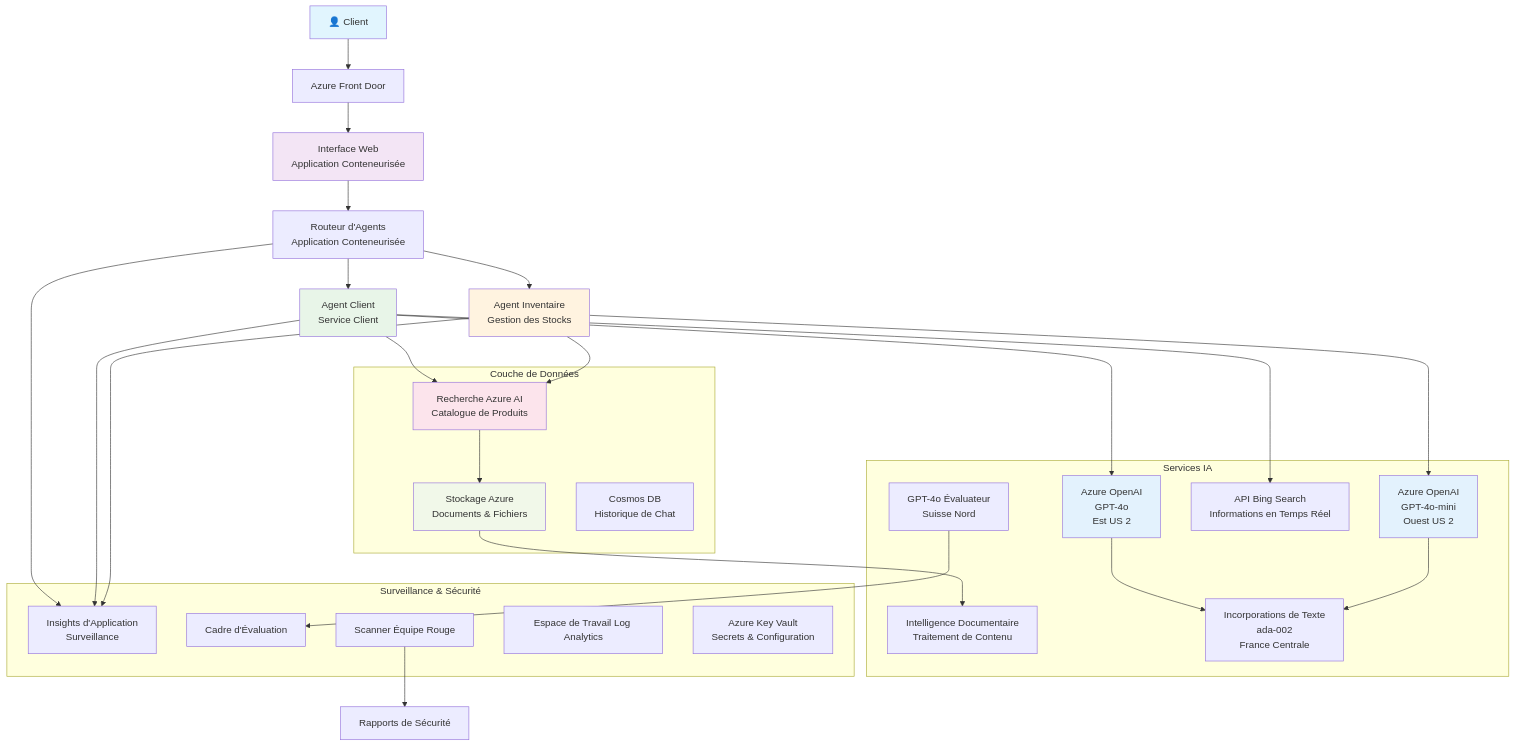
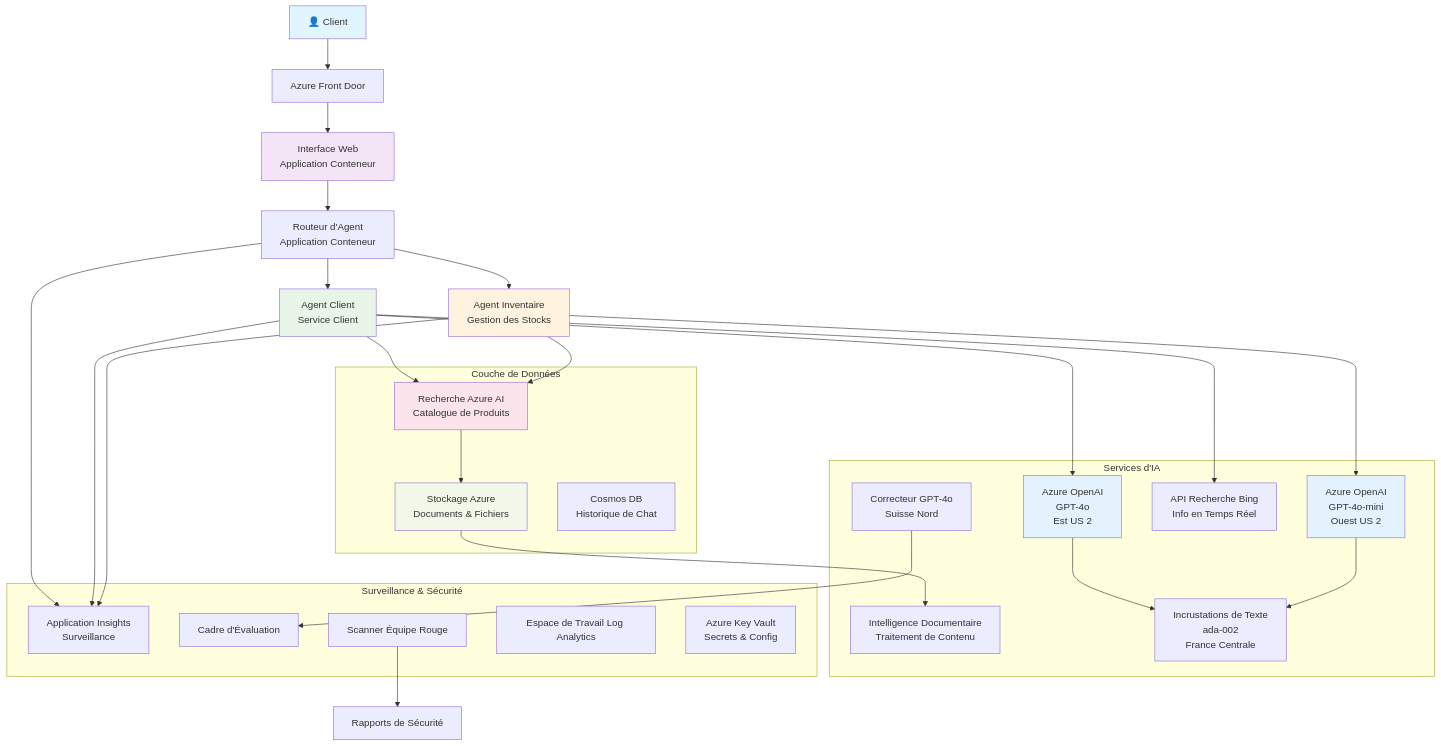
The diagram in translations/fr/examples/retail-scenario.md (microsoft/AZD-for-beginners), drawn with Mermaid before and after one commit. The commit also changed other lines of this file and 282 other files, not shown here.

````diff
--- a/translations/fr/examples/retail-scenario.md
+++ b/translations/fr/examples/retail-scenario.md
@@ -148,61 +139,61 @@
 ```mermaid
 graph TB
     User[👤 Client] --> LB[Azure Front Door]
-    LB --> WebApp[Interface Web<br/>Application Conteneurisée]
+    LB --> WebApp[Interface Web<br/>Application Conteneur]
     
-    WebApp --> Router[Routeur d'Agents<br/>Application Conteneurisée]
+    WebApp --> Router[Routeur d'Agent<br/>Application Conteneur]
     Router --> CustomerAgent[Agent Client<br/>Service Client]
     Router --> InvAgent[Agent Inventaire<br/>Gestion des Stocks]
     
     CustomerAgent --> OpenAI1[Azure OpenAI<br/>GPT-4o<br/>Est US 2]
     InvAgent --> OpenAI2[Azure OpenAI<br/>GPT-4o-mini<br/>Ouest US 2]
     
     CustomerAgent --> AISearch[Recherche Azure AI<br/>Catalogue de Produits]
-    CustomerAgent --> BingSearch[API Bing Search<br/>Informations en Temps Réel]
+    CustomerAgent --> BingSearch[API Recherche Bing<br/>Info en Temps Réel]
     InvAgent --> AISearch
     
     AISearch --> Storage[Stockage Azure<br/>Documents & Fichiers]
     Storage --> DocIntel[Intelligence Documentaire<br/>Traitement de Contenu]
     
-    OpenAI1 --> Embeddings[Incorporations de Texte<br/>ada-002<br/>France Centrale]
+    OpenAI1 --> Embeddings[Incrustations de Texte<br/>ada-002<br/>France Centrale]
     OpenAI2 --> Embeddings
     
-    Router --> AppInsights[Insights d'Application<br/>Surveillance]
+    Router --> AppInsights[Application Insights<br/>Surveillance]
     CustomerAgent --> AppInsights
     InvAgent --> AppInsights
     
-    GraderModel[GPT-4o Évaluateur<br/>Suisse Nord] --> Evaluation[Cadre d'Évaluation]
+    GraderModel[Correcteur GPT-4o<br/>Suisse Nord] --> Evaluation[Cadre d'Évaluation]
     RedTeam[Scanner Équipe Rouge] --> SecurityReports[Rapports de Sécurité]
     
     subgraph "Couche de Données"
         Storage
         AISearch
         CosmosDB[Cosmos DB<br/>Historique de Chat]
     end
     
-    subgraph "Services IA"
+    subgraph "Services d'IA"
         OpenAI1
         OpenAI2
         Embeddings
         GraderModel
         DocIntel
         BingSearch
     end
     
     subgraph "Surveillance & Sécurité"
         AppInsights
         LogAnalytics[Espace de Travail Log Analytics]
-        KeyVault[Azure Key Vault<br/>Secrets & Configuration]
+        KeyVault[Azure Key Vault<br/>Secrets & Config]
         RedTeam
         Evaluation
     end
     
     style User fill:#e1f5fe
     style WebApp fill:#f3e5f5
     style CustomerAgent fill:#e8f5e8
     style InvAgent fill:#fff3e0
     style OpenAI1 fill:#e3f2fd
     style OpenAI2 fill:#e3f2fd
     style AISearch fill:#fce4ec
     style Storage fill:#f1f8e9
-```
+```  
````
